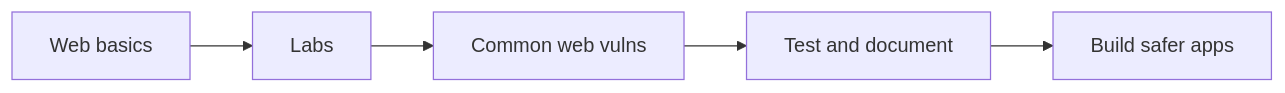
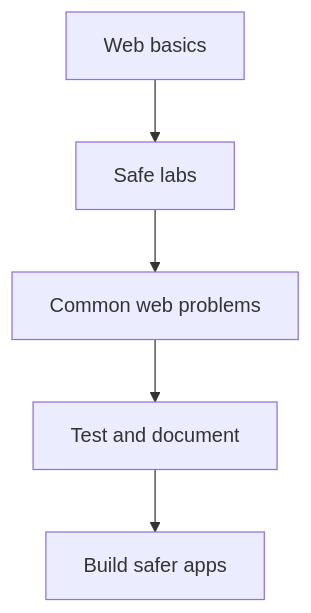
Before and after one commit to WiOSc/roadmaps-and-resources: the diagram in roadmaps/web-security/README.md, drawn with Mermaid.

Commit message:
fixed render

````diff
--- a/roadmaps/web-security/README.md
+++ b/roadmaps/web-security/README.md
@@ -26,7 +26,7 @@
 ```mermaid
-flowchart LR
-  A[Web basics] --> B[Labs]
-  B --> C[Common web vulns]
-  C --> D[Test and document]
-  D --> E[Build safer apps]
+graph TD;
+    A[Web basics] --> B[Safe labs];
+    B --> C[Common web problems];
+    C --> D[Test and document];
+    D --> E[Build safer apps];
 ```
````
